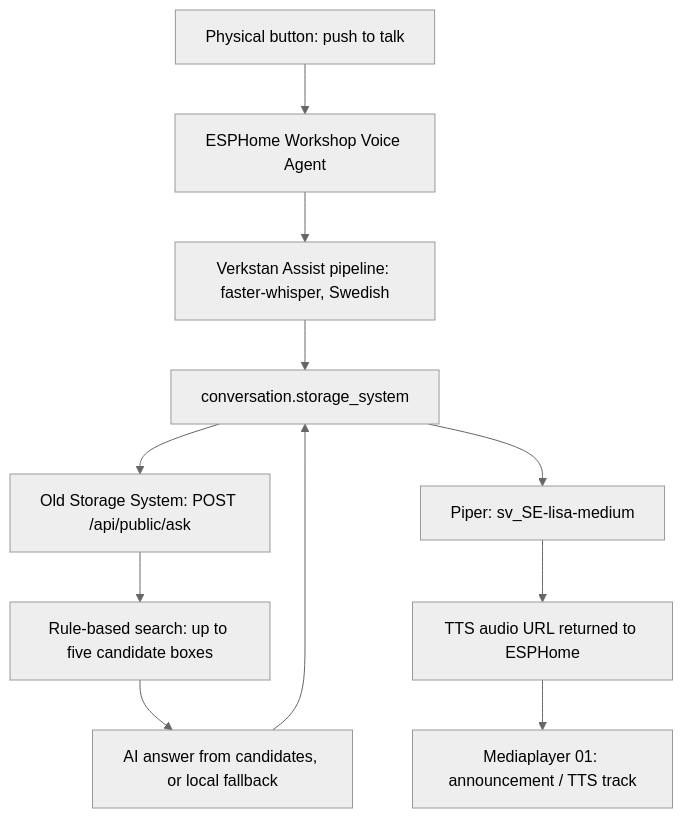
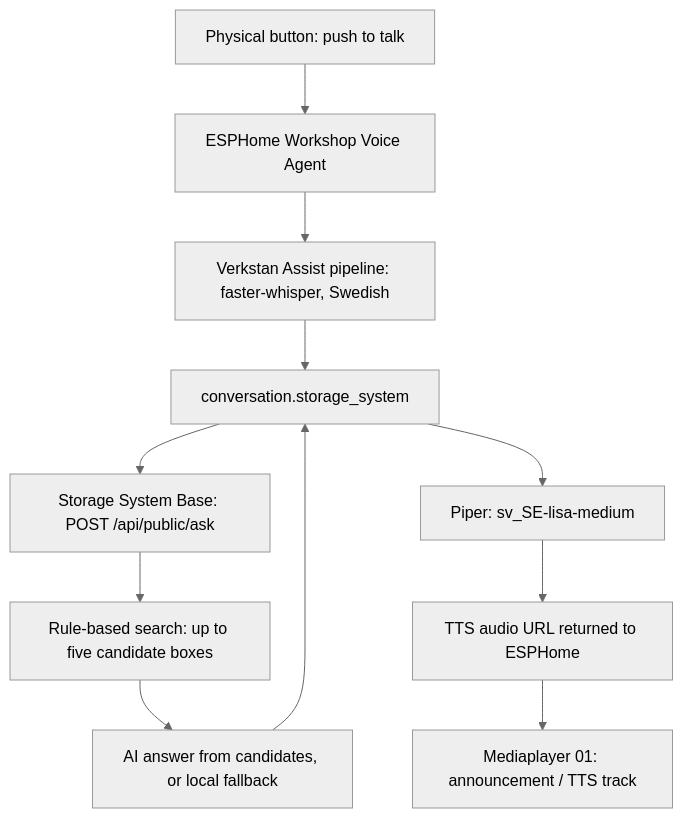
One commit to Snille/storagesystem-base changed the first of 2 diagrams in docs/VOICE-SEARCH.md. Above: the diagram before and after it, drawn with Mermaid (neutral theme). The commit also changed other lines of this file and 20 other files, not shown here.

````diff
--- a/docs/VOICE-SEARCH.md
+++ b/docs/VOICE-SEARCH.md
@@ -33,13 +35,13 @@
 ```mermaid
 flowchart TD
     B[Physical button: push to talk] --> E[ESPHome Workshop Voice Agent]
     E --> W[Verkstan Assist pipeline: faster-whisper, Swedish]
     W --> C[conversation.storage_system]
-    C --> A[Old Storage System: POST /api/public/ask]
+    C --> A[Storage System Base: POST /api/public/ask]
     A --> S[Rule-based search: up to five candidate boxes]
     S --> R[AI answer from candidates, or local fallback]
     R --> C
     C --> P[Piper: sv_SE-lisa-medium]
     P --> U[TTS audio URL returned to ESPHome]
     U --> M[Mediaplayer 01: announcement / TTS track]
 ```
````
